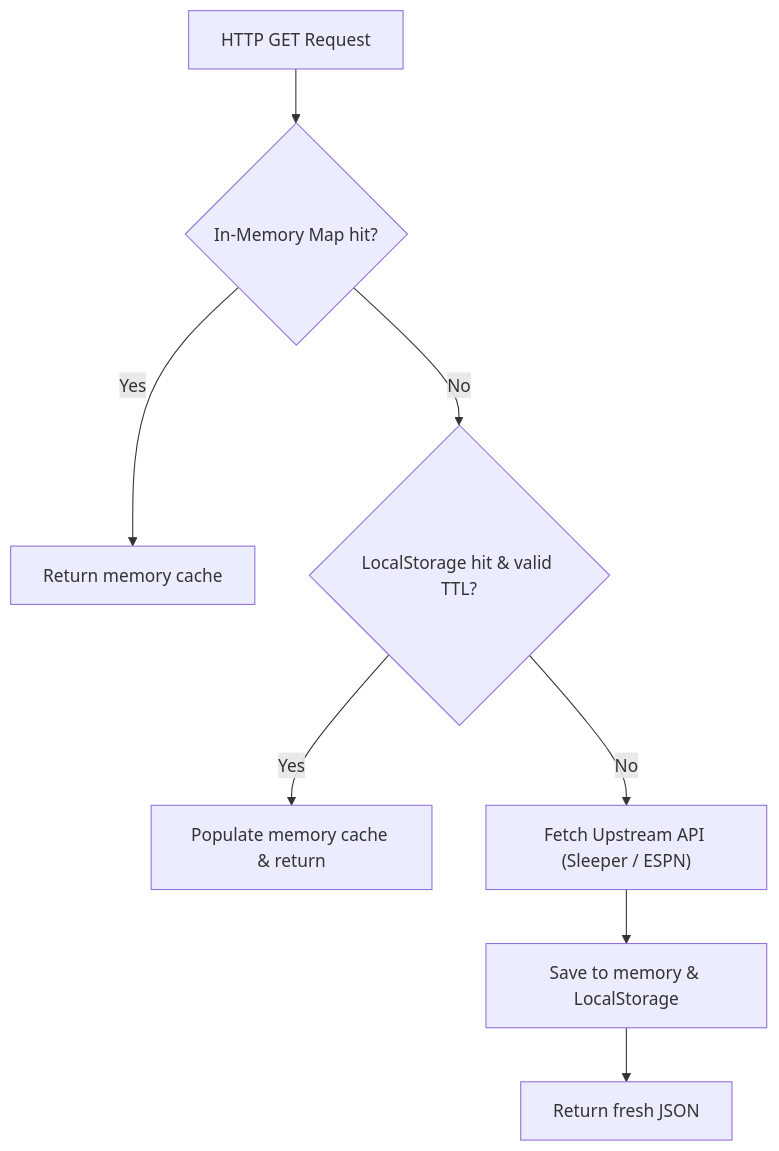
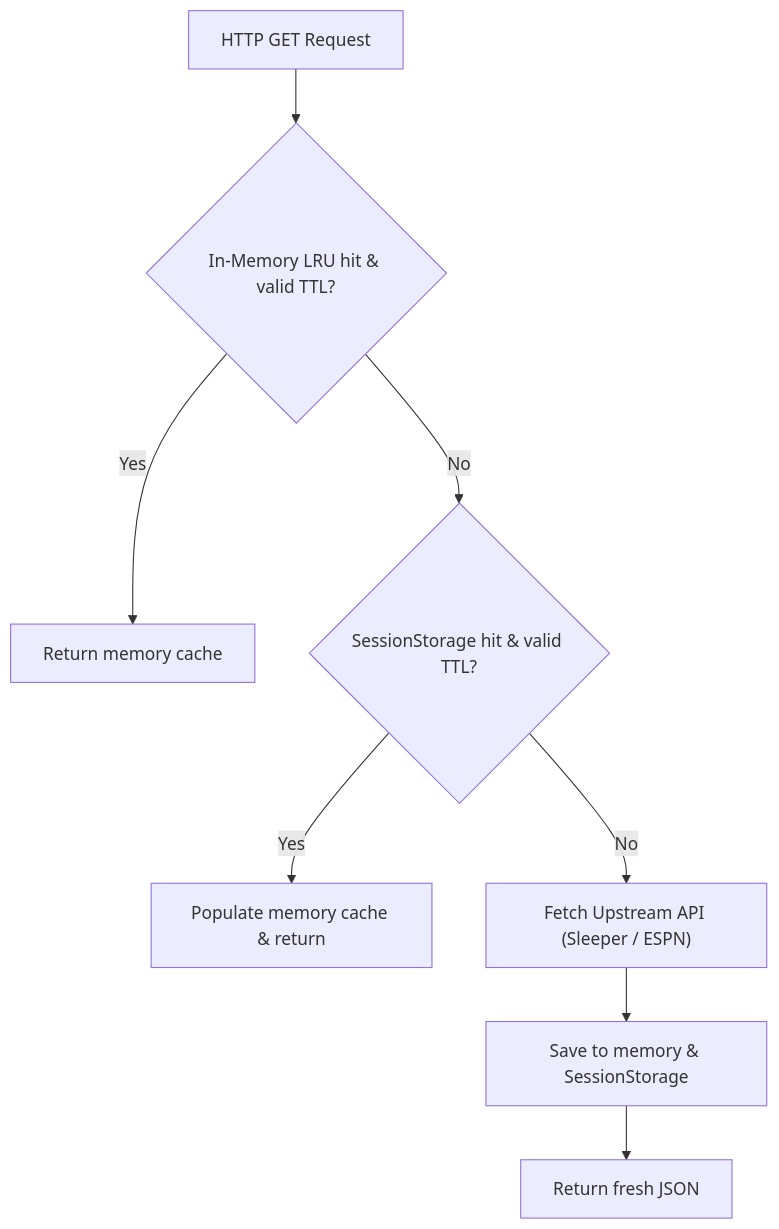
Before and after one commit to juftin/crossleague: the diagram in docs/state-and-caching.md, drawn with Mermaid. The commit also changed other lines of this file and 10 other files, not shown here.

````diff
--- a/docs/state-and-caching.md
+++ b/docs/state-and-caching.md
@@ -84,10 +70,10 @@
 ```mermaid
 flowchart TD
-    Req["HTTP GET Request"] --> MemCheck{"In-Memory Map hit?"}
+    Req["HTTP GET Request"] --> MemCheck{"In-Memory LRU hit & valid TTL?"}
     MemCheck -- Yes --> ReturnMem["Return memory cache"]
-    MemCheck -- No --> LSCheck{"LocalStorage hit & valid TTL?"}
-    LSCheck -- Yes --> ReturnLS["Populate memory cache & return"]
-    LSCheck -- No --> NetworkReq["Fetch Upstream API (Sleeper / ESPN)"]
-    NetworkReq --> CacheStore["Save to memory & LocalStorage"]
+    MemCheck -- No --> SSCheck{"SessionStorage hit & valid TTL?"}
+    SSCheck -- Yes --> ReturnSS["Populate memory cache & return"]
+    SSCheck -- No --> NetworkReq["Fetch Upstream API (Sleeper / ESPN)"]
+    NetworkReq --> CacheStore["Save to memory & SessionStorage"]
     CacheStore --> ReturnNet["Return fresh JSON"]
 ```
````
